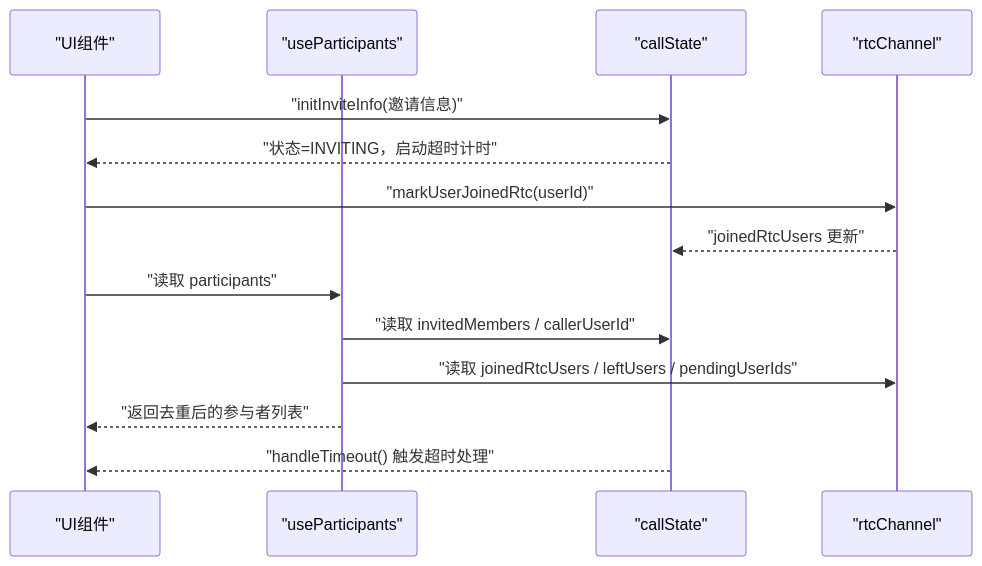
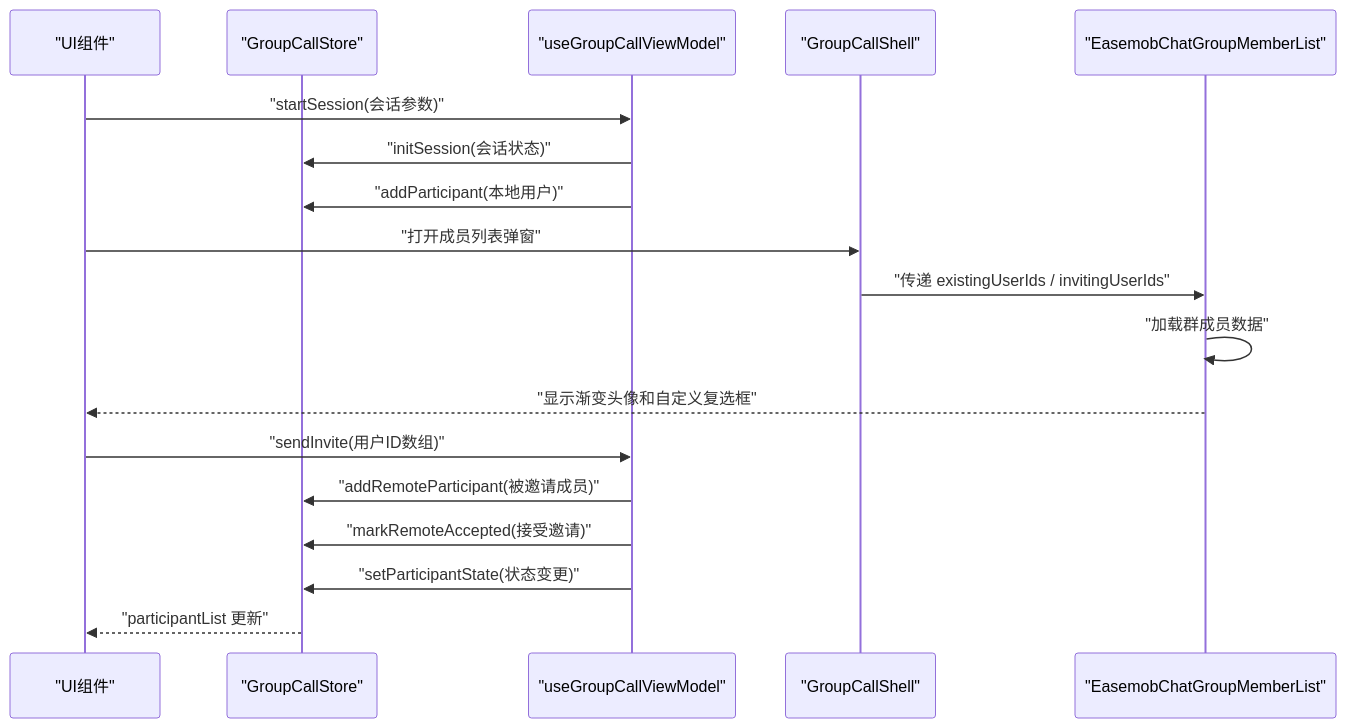
Before and after one commit to Easemob-Community/easemob-uikit-callkit-vue3: the second of 7 diagrams in .qoder/repowiki/zh/content/核心组件/群组通话组件/群组成员管理.md, drawn with Mermaid. The commit also changed other lines of this file and 54 other files, not shown here.

````diff
--- a/.qoder/repowiki/zh/content/核心组件/群组通话组件/群组成员管理.md
+++ b/.qoder/repowiki/zh/content/核心组件/群组通话组件/群组成员管理.md
@@ -97,16 +118,20 @@
 ```mermaid
 sequenceDiagram
 participant UI as "UI组件"
-participant UP as "useParticipants"
-participant CS as "callState"
-participant RC as "rtcChannel"
-UI->>CS : "initInviteInfo(邀请信息)"
-CS-->>UI : "状态=INVITING，启动超时计时"
-UI->>RC : "markUserJoinedRtc(userId)"
-RC-->>CS : "joinedRtcUsers 更新"
-UI->>UP : "读取 participants"
-UP->>CS : "读取 invitedMembers / callerUserId"
-UP->>RC : "读取 joinedRtcUsers / leftUsers / pendingUserIds"
-UP-->>UI : "返回去重后的参与者列表"
-CS-->>UI : "handleTimeout() 触发超时处理"
+participant GCS as "GroupCallStore"
+participant GVM as "useGroupCallViewModel"
+participant GCSH as "GroupCallShell"
+participant ML as "EasemobChatGroupMemberList"
+UI->>GVM : "startSession(会话参数)"
+GVM->>GCS : "initSession(会话状态)"
+GVM->>GCS : "addParticipant(本地用户)"
+UI->>GCSH : "打开成员列表弹窗"
+GCSH->>ML : "传递 existingUserIds / invitingUserIds"
+ML->>ML : "加载群成员数据"
+ML-->>UI : "显示渐变头像和自定义复选框"
+UI->>GVM : "sendInvite(用户ID数组)"
+GVM->>GCS : "addRemoteParticipant(被邀请成员)"
+GVM->>GCS : "markRemoteAccepted(接受邀请)"
+GVM->>GCS : "setParticipantState(状态变更)"
+GCS-->>UI : "participantList 更新"
 ```
````
